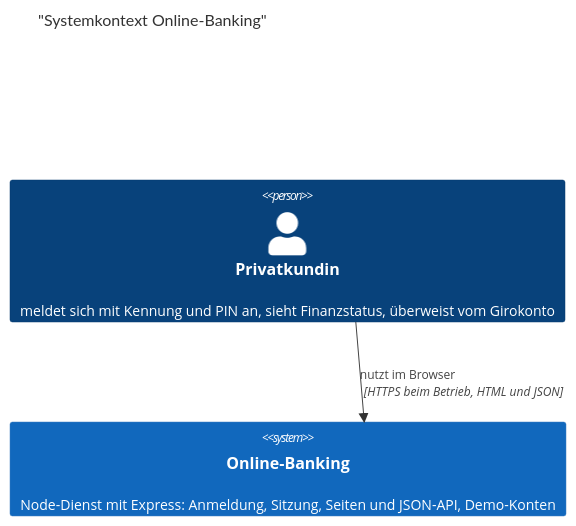
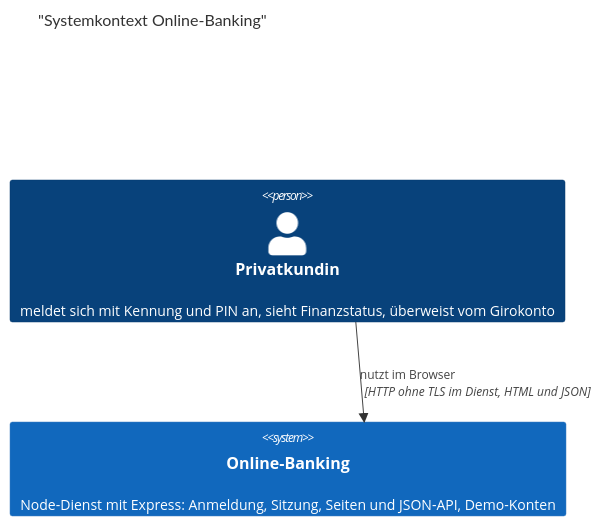
One commit to dakn85/online-banking changed the first of 6 diagrams in docs/architecture.md. Above: the diagram before and after it, drawn with Mermaid.

Commit message:
PK-4: KI-Vorschlag übernommen: Architektur: Kontextdiagramm verspricht HTTPS, Randbedingungen und Risiken sagen kein TLS
Story: PK-4

````diff
--- a/docs/architecture.md
+++ b/docs/architecture.md
@@ -28,7 +28,7 @@
 ```mermaid
 C4Context
     title "Systemkontext Online-Banking"
     Person(kundin, "Privatkundin", "meldet sich mit Kennung und PIN an, sieht Finanzstatus, überweist vom Girokonto")
     System(banking, "Online-Banking", "Node-Dienst mit Express: Anmeldung, Sitzung, Seiten und JSON-API, Demo-Konten")
-    Rel(kundin, banking, "nutzt im Browser", "HTTPS beim Betrieb, HTML und JSON")
+    Rel(kundin, banking, "nutzt im Browser", "HTTP ohne TLS im Dienst, HTML und JSON")
 ```
````
